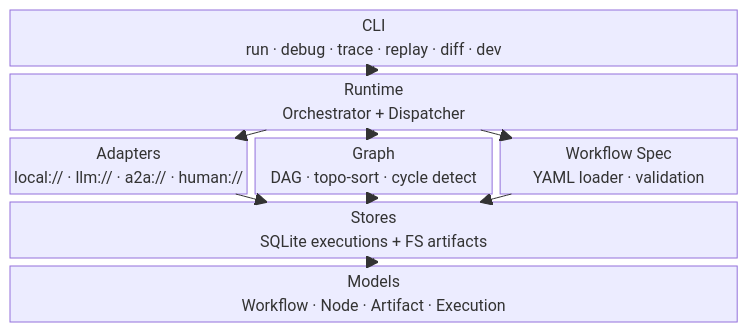
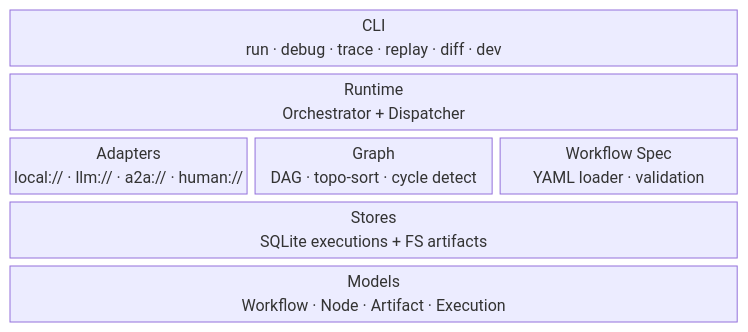
One commit to Alexli18/binex changed the second of 2 diagrams in README.md. Above: the diagram before and after it, drawn with Mermaid.

Commit message:
Remove arrow clutter from architecture Mermaid block diagram

````diff
--- a/README.md
+++ b/README.md
@@ -158,19 +158,10 @@
 ```mermaid
 block-beta
     columns 3
 
     CLI["CLI\nrun · debug · trace · replay · diff · dev"]:3
     Runtime["Runtime\nOrchestrator + Dispatcher"]:3
     Adapters["Adapters\nlocal:// · llm:// · a2a:// · human://"] Graph["Graph\nDAG · topo-sort · cycle detect"] Spec["Workflow Spec\nYAML loader · validation"]
     Stores["Stores\nSQLite executions + FS artifacts"]:3
     Models["Models\nWorkflow · Node · Artifact · Execution"]:3
-
-    CLI --> Runtime
-    Runtime --> Adapters
-    Runtime --> Graph
-    Runtime --> Spec
-    Adapters --> Stores
-    Graph --> Stores
-    Spec --> Stores
-    Stores --> Models
 ```
````
